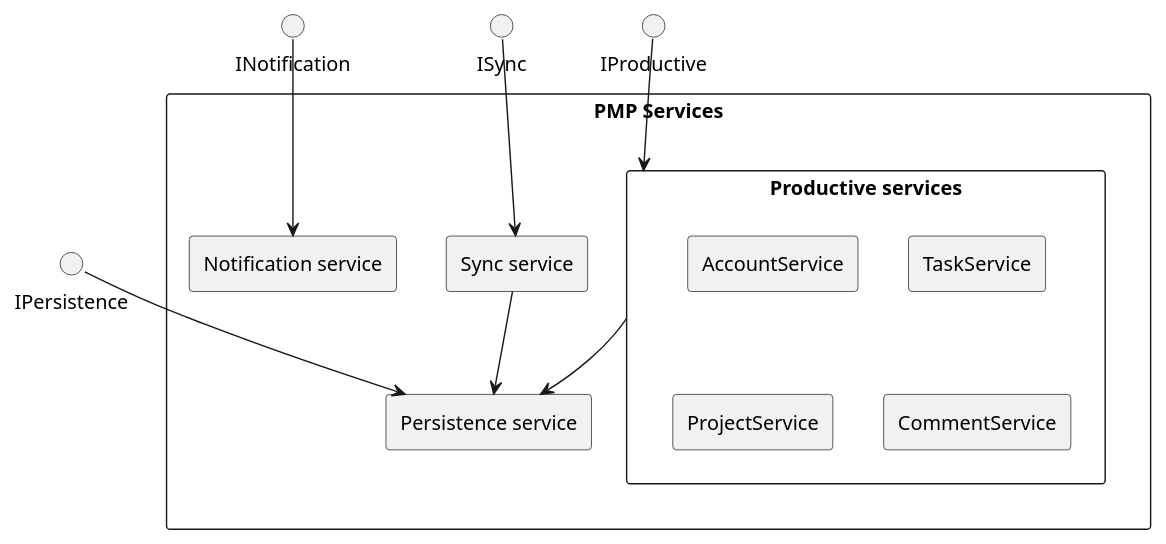
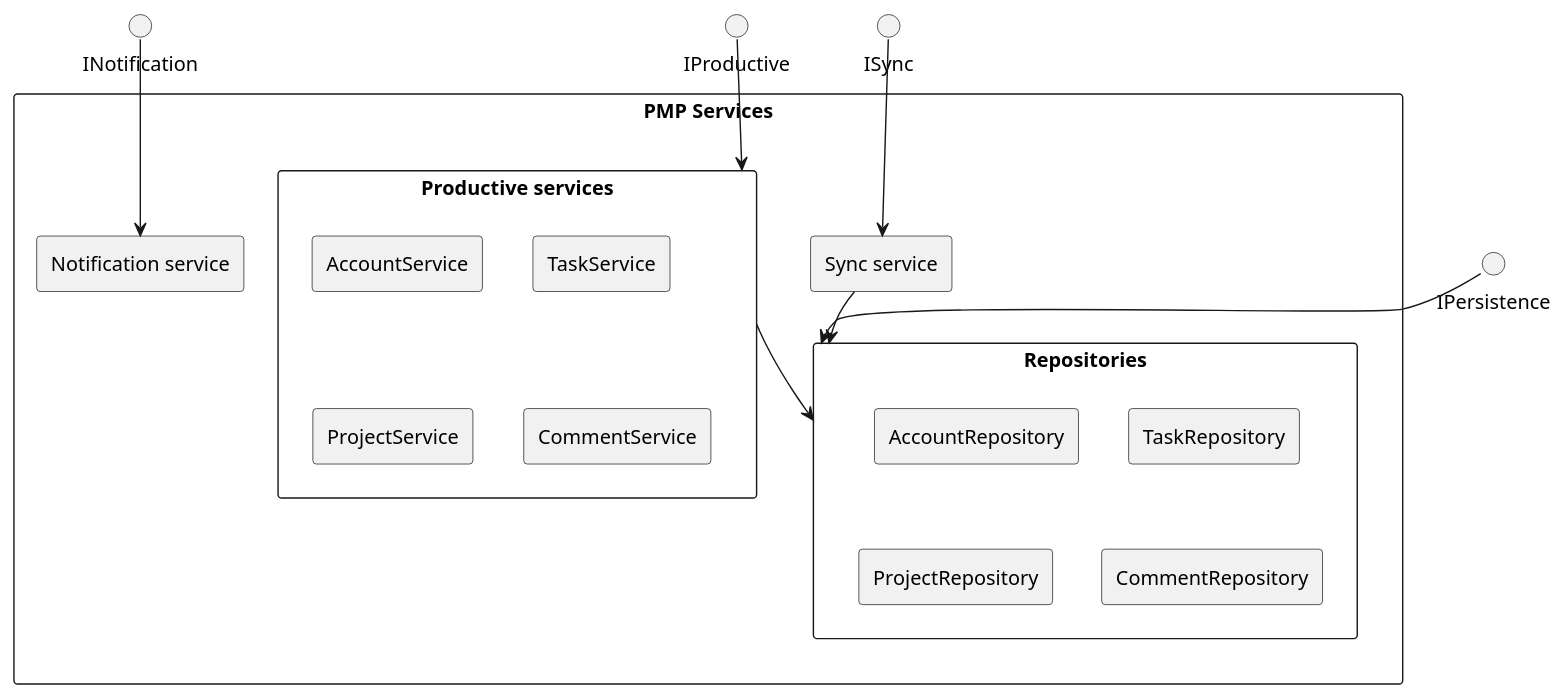
Before and after one commit to DCReceveur/pre-afstudeer-docs: the fifth of 7 diagrams in Documentatie/Software Architecture Document.md, drawn with PlantUML. The commit also changed other lines of this file and 12 other files, not shown here.

````diff
--- a/Documentatie/Software Architecture Document.md
+++ b/Documentatie/Software Architecture Document.md
@@ -174,27 +174,32 @@
 ```plantuml
 top to bottom direction
 interface "IPersistence" as if1
 interface "INotification" as if2
 interface "IProductive" as if3
 interface "ISync" as if4
 
 rectangle "PMP Services"{
-    rectangle "Persistence service" as pes
+    rectangle "Repositories" as pes{
+        rectangle AccountRepository
+        rectangle TaskRepository
+        rectangle ProjectRepository
+        rectangle CommentRepository
+    }
     rectangle "Notification service" as ns
     rectangle "Productive services" as prs{
         rectangle AccountService
         rectangle TaskService
         rectangle ProjectService
         rectangle CommentService
     }
     rectangle "Sync service" as sync
 }
 
 if1 --> pes
 if2 --> ns
 if3 --> prs
 if4 --> sync
 prs --> pes
 sync --> pes
 
 ```
````
